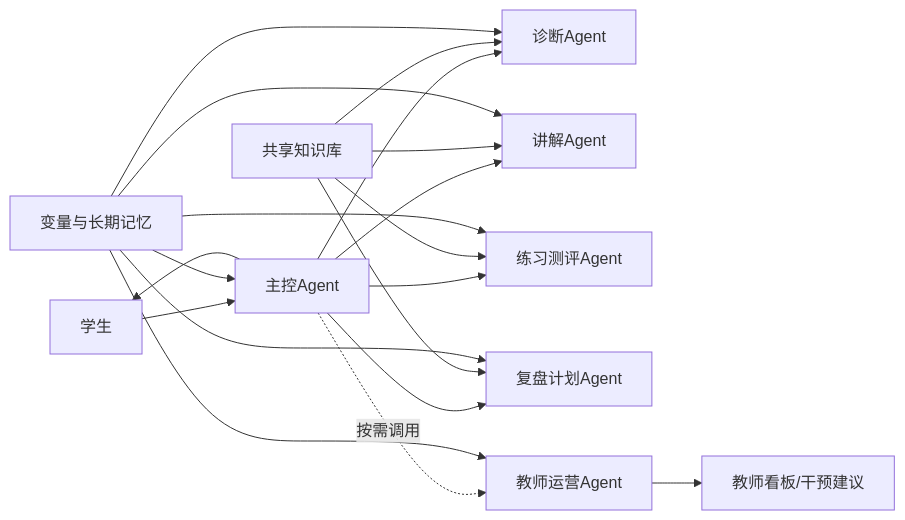
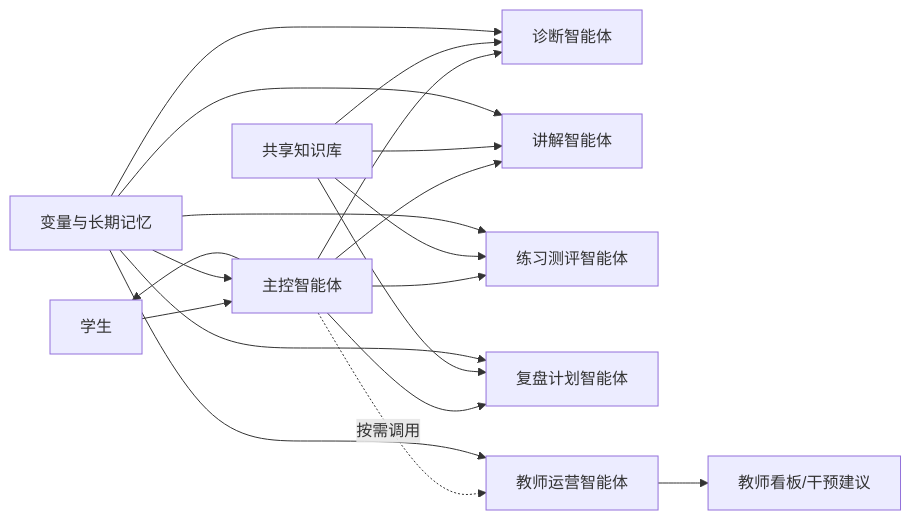
The sixth of 12 diagrams in doc/腾讯平台使用文档/腾讯云ADP-Multi-Agent版AI教师智能体从0到1新手闭环指南.md (chenqsq/doc-showcase), drawn with Mermaid before and after one commit. The commit also changed other lines of this file and 8 other files, not shown here.

````diff
--- a/doc/腾讯平台使用文档/腾讯云ADP-Multi-Agent版AI教师智能体从0到1新手闭环指南.md
+++ b/doc/腾讯平台使用文档/腾讯云ADP-Multi-Agent版AI教师智能体从0到1新手闭环指南.md
@@ -229,25 +227,25 @@
 ```mermaid
 flowchart LR
-    U["学生"] --> M["主控Agent"]
+    U["学生"] --> M["主控智能体"]
 
-    M --> D["诊断Agent"]
-    M --> E["讲解Agent"]
-    M --> P["练习测评Agent"]
-    M --> R["复盘计划Agent"]
-    M -.按需调用.-> T["教师运营Agent"]
+    M --> D["诊断智能体"]
+    M --> E["讲解智能体"]
+    M --> P["练习测评智能体"]
+    M --> R["复盘计划智能体"]
+    M -.按需调用.-> T["教师运营智能体"]
 
     K["共享知识库"] --> D
     K --> E
     K --> P
     K --> R
 
     V["变量与长期记忆"] --> M
     V --> D
     V --> E
     V --> P
     V --> R
     V --> T
 
     T --> O["教师看板/干预建议"]
     M --> U
 ```
````
